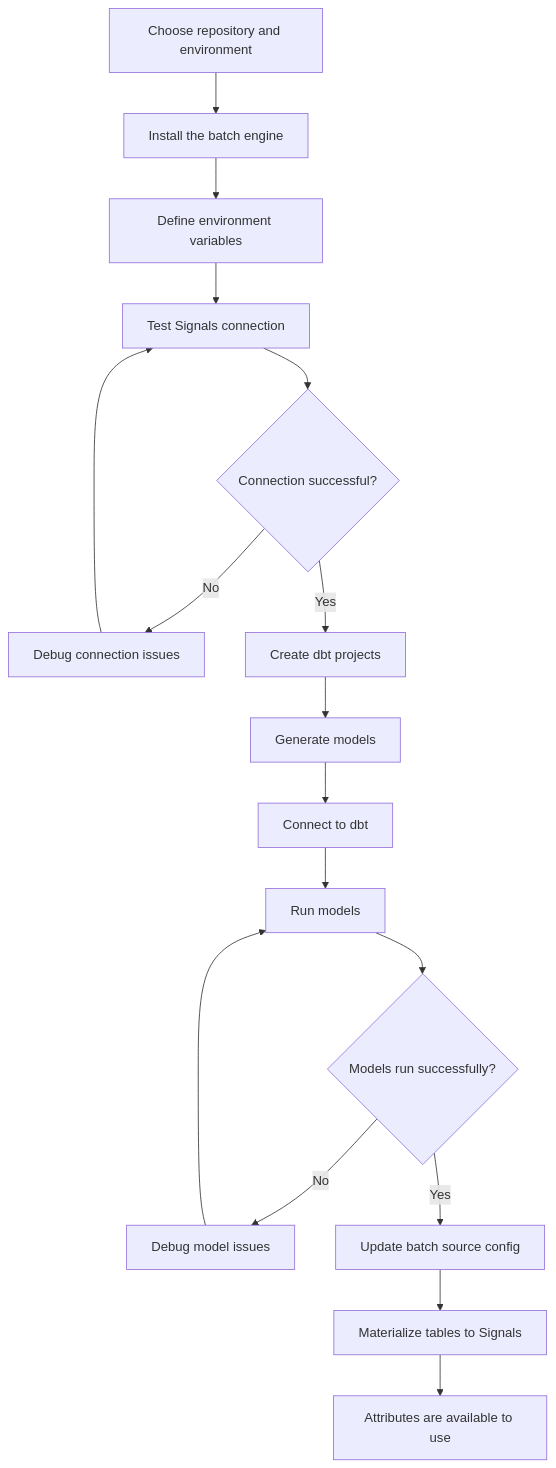
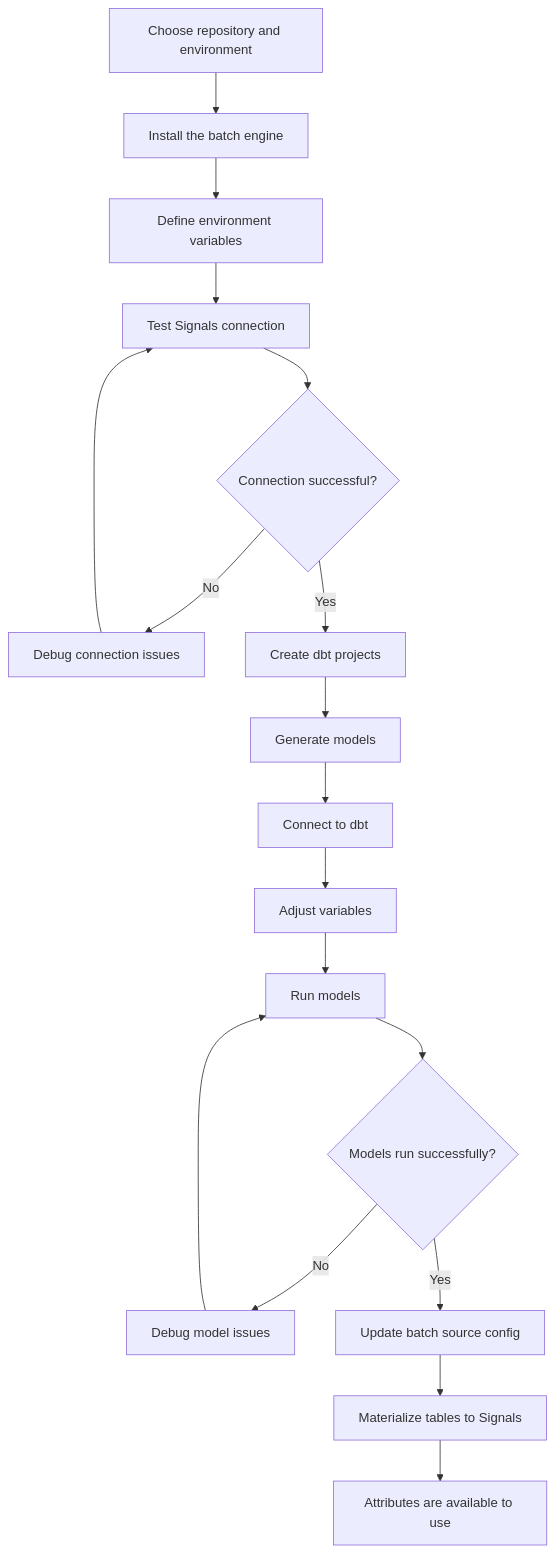
One commit to snowplow/documentation changed the diagram in docs/signals/configuration/batch-calculations/batch-engine/index.md. Above: the diagram before and after it, drawn with Mermaid. The commit also changed other lines of this file and 3 other files, not shown here.

````diff
--- a/docs/signals/configuration/batch-calculations/batch-engine/index.md
+++ b/docs/signals/configuration/batch-calculations/batch-engine/index.md
@@ -14,19 +14,20 @@
 ```mermaid
 flowchart TD
     A[Choose repository and environment] --> B[Install the batch engine]
     B --> C[Define environment variables]
     C --> D[Test Signals connection]
     D --> E{Connection successful?}
     E -->|No| F[Debug connection issues]
     F --> D
     E -->|Yes| G[Create dbt projects]
     G --> H[Generate models]
     H --> I[Connect to dbt]
-    I --> J[Run models]
+    I --> IA[Adjust variables]
+    IA --> J[Run models]
     J --> K{Models run successfully?}
     K -->|No| L[Debug model issues]
     L --> J
     K -->|Yes| M[Update batch source config]
     M --> N[Materialize tables to Signals]
     N --> O[Attributes are available to use]
 ```
````
